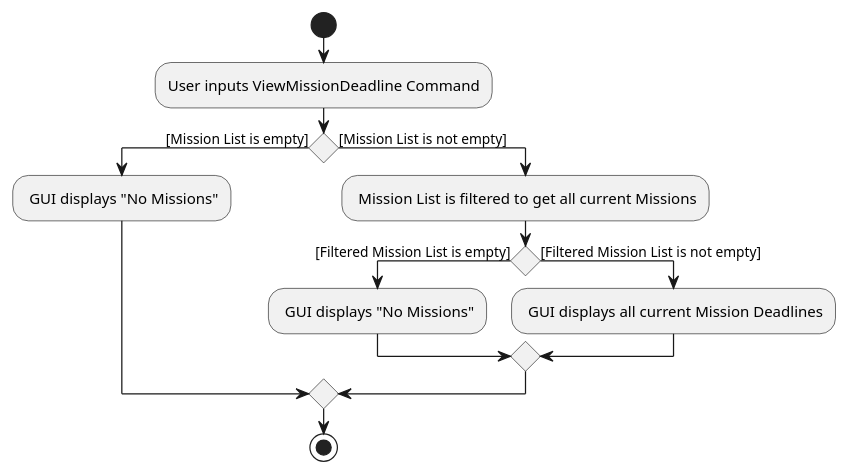
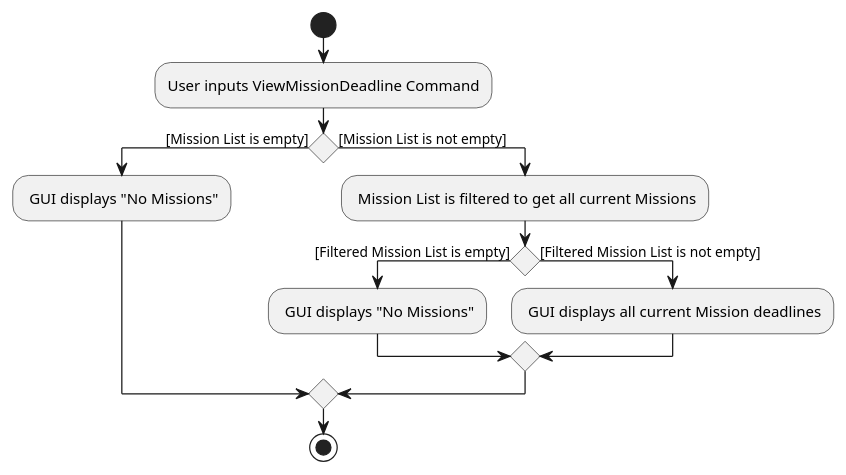
The diagram in docs/diagrams/ViewMissionDeadlinePathDiagram.puml (wireseo/tp), drawn with PlantUML before and after one commit. The commit also changed 6 other files, not shown here.

```diff
--- a/docs/diagrams/ViewMissionDeadlinePathDiagram.puml
+++ b/docs/diagrams/ViewMissionDeadlinePathDiagram.puml
@@ -1,16 +1,16 @@
 @startuml
 start
 :User inputs ViewMissionDeadline Command;
 
 if () then ([Mission List is empty])
     : GUI displays "No Missions";
 else ([Mission List is not empty])
     : Mission List is filtered to get all current Missions;
     if () then ([Filtered Mission List is empty])
         : GUI displays "No Missions";
     else ([Filtered Mission List is not empty])
-        : GUI displays all current Mission Deadlines;
+        : GUI displays all current Mission deadlines;
     endif
 endif
 stop
 @enduml
```
